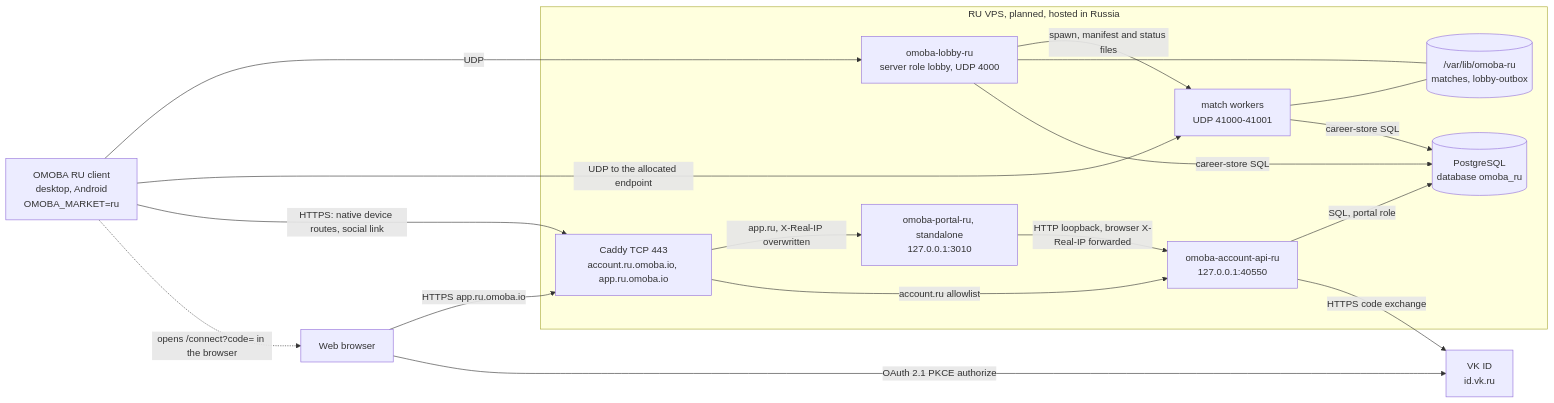
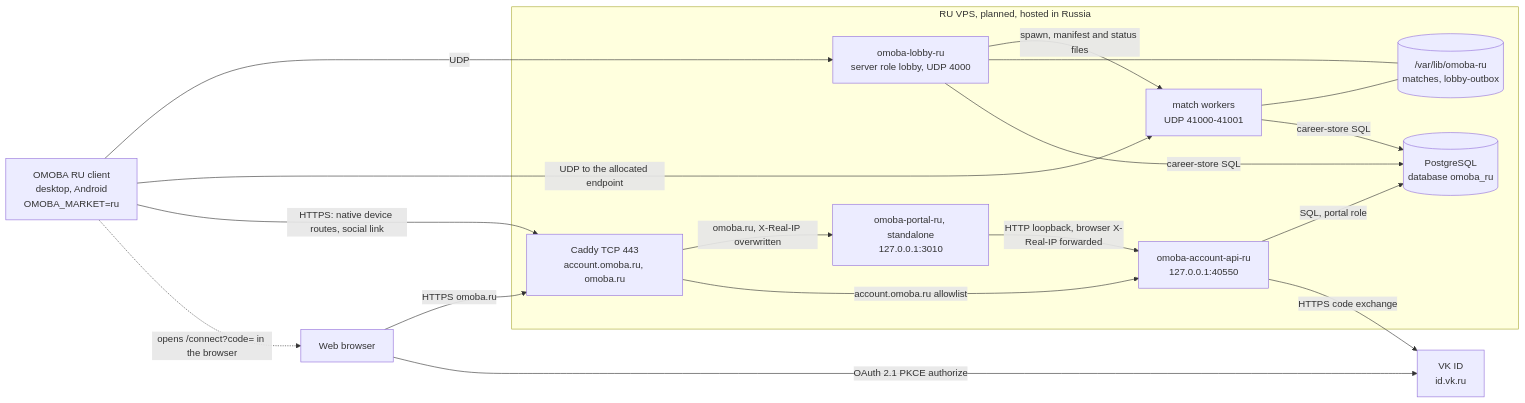
The second of 2 diagrams in docs/architecture/system.md (o-moba/omoba-bevy), drawn with Mermaid before and after one commit. The commit also changed other lines of this file and 22 other files, not shown here.

````diff
--- a/docs/architecture/system.md
+++ b/docs/architecture/system.md
@@ -269,32 +269,32 @@
 ```mermaid
 flowchart LR
   client["OMOBA RU client<br/>desktop, Android<br/>OMOBA_MARKET=ru"]
   browser["Web browser"]
   vk["VK ID<br/>id.vk.ru"]
   subgraph ru["RU VPS, planned, hosted in Russia"]
-    caddy["Caddy TCP 443<br/>account.ru.omoba.io, app.ru.omoba.io"]
+    caddy["Caddy TCP 443<br/>account.omoba.ru, omoba.ru"]
     lobby["omoba-lobby-ru<br/>server role lobby, UDP 4000"]
     workers["match workers<br/>UDP 41000-41001"]
     api["omoba-account-api-ru<br/>127.0.0.1:40550"]
     portal["omoba-portal-ru, standalone<br/>127.0.0.1:3010"]
     pg[("PostgreSQL<br/>database omoba_ru")]
     files[("/var/lib/omoba-ru<br/>matches, lobby-outbox")]
   end
 
   client -->|"UDP"| lobby
   client -->|"UDP to the allocated endpoint"| workers
   lobby -->|"spawn, manifest and status files"| workers
   lobby --- files
   workers --- files
   lobby -->|"career-store SQL"| pg
   workers -->|"career-store SQL"| pg
   client -->|"HTTPS: native device routes, social link"| caddy
   client -.->|"opens /connect?code= in the browser"| browser
-  browser -->|"HTTPS app.ru.omoba.io"| caddy
+  browser -->|"HTTPS omoba.ru"| caddy
   browser -->|"OAuth 2.1 PKCE authorize"| vk
-  caddy -->|"app.ru, X-Real-IP overwritten"| portal
+  caddy -->|"omoba.ru, X-Real-IP overwritten"| portal
   portal -->|"HTTP loopback, browser X-Real-IP forwarded"| api
-  caddy -->|"account.ru allowlist"| api
+  caddy -->|"account.omoba.ru allowlist"| api
   api -->|"SQL, portal role"| pg
   api -->|"HTTPS code exchange"| vk
 ```
````
